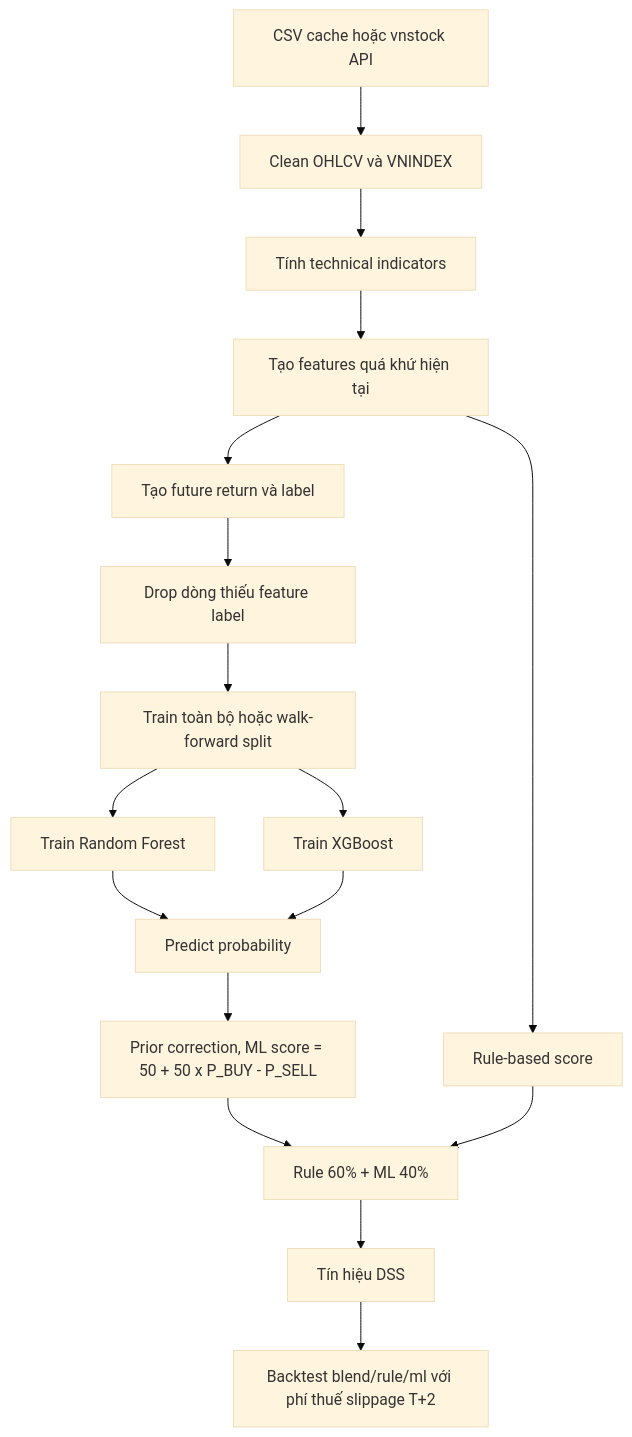
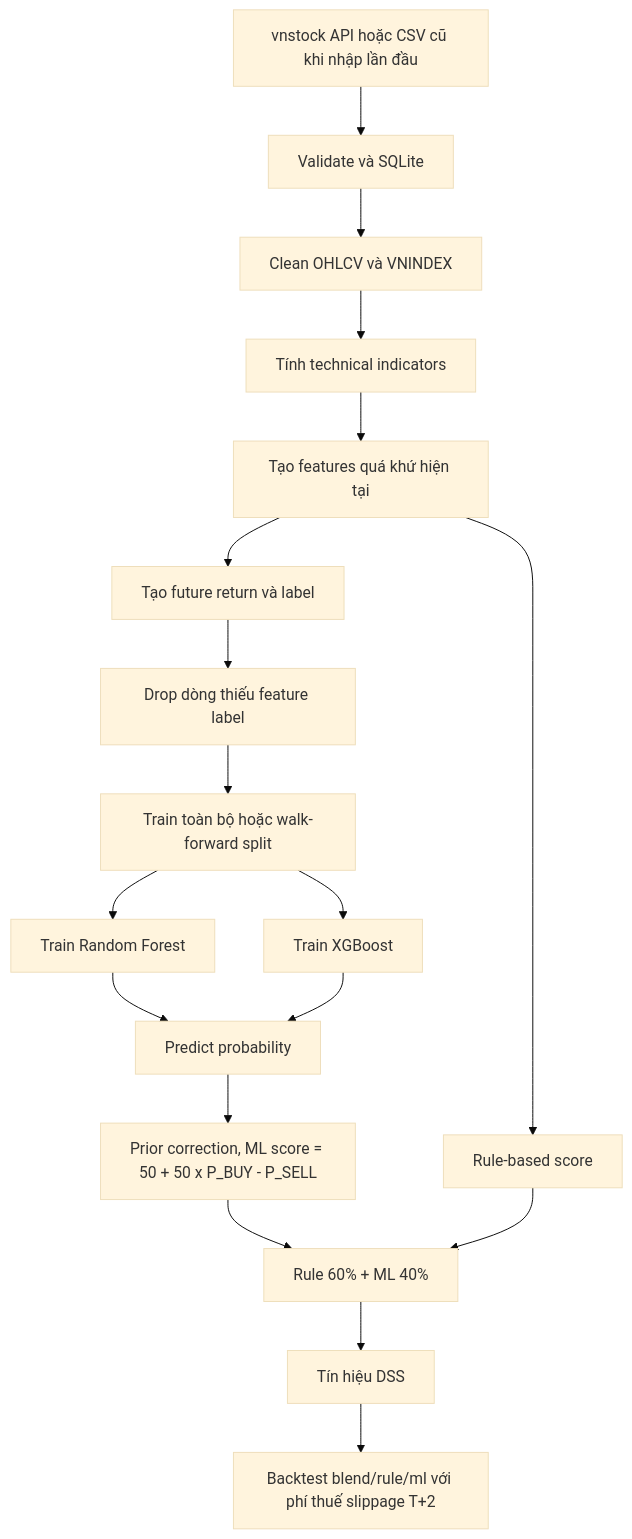
Before and after one commit to DuykoNgu/Dss: the diagram in ML_HANDOVER_GUIDE.md, drawn with Mermaid (base theme). The commit also changed other lines of this file and 15 other files, not shown here.

````diff
--- a/ML_HANDOVER_GUIDE.md
+++ b/ML_HANDOVER_GUIDE.md
@@ -27,19 +27,20 @@
 ```mermaid
 flowchart TD
-    A[CSV cache hoặc vnstock API] --> B[Clean OHLCV và VNINDEX]
+    A[vnstock API hoặc CSV cũ khi nhập lần đầu] --> S[Validate và SQLite]
+    S --> B[Clean OHLCV và VNINDEX]
     B --> C[Tính technical indicators]
     C --> D[Tạo features quá khứ hiện tại]
     D --> E[Tạo future return và label]
     E --> F[Drop dòng thiếu feature label]
     F --> G[Train toàn bộ hoặc walk-forward split]
     G --> H[Train Random Forest]
     G --> I[Train XGBoost]
     H --> J[Predict probability]
     I --> J
     J --> K[Prior correction, ML score = 50 + 50 x P_BUY - P_SELL]
     D --> L[Rule-based score]
     K --> M[Rule 60% + ML 40%]
     L --> M
     M --> N[Tín hiệu DSS]
     N --> O[Backtest blend/rule/ml với phí thuế slippage T+2]
 ```
````
